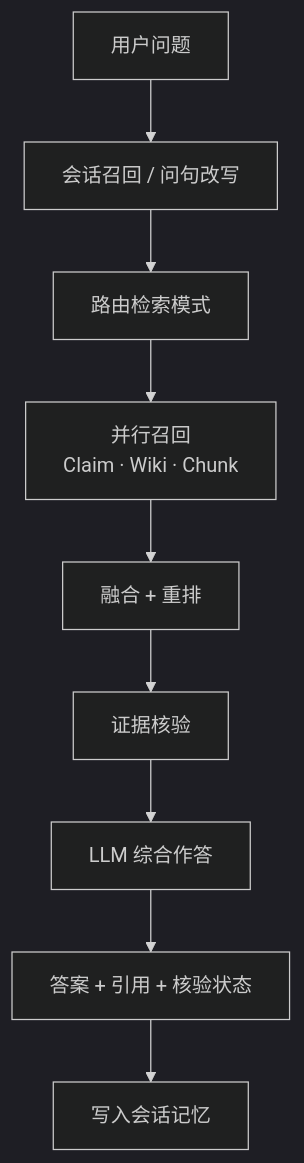
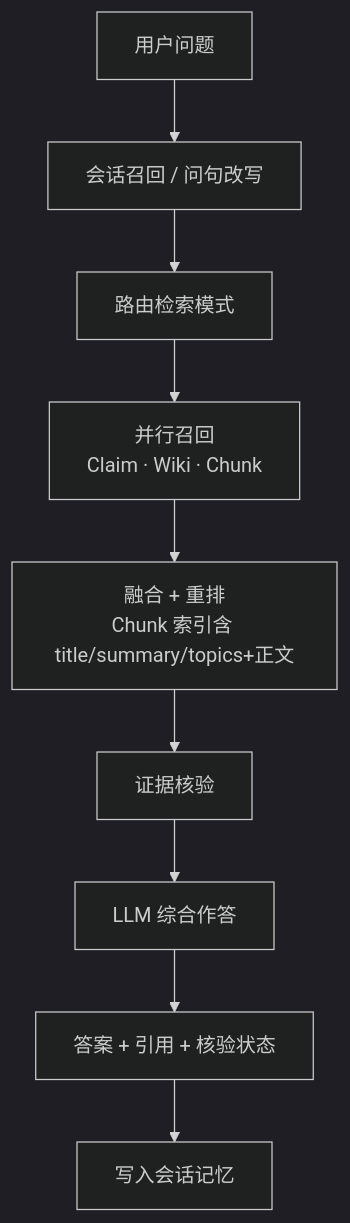
The second of 2 diagrams in README.md (liuyanqun0815/knowledge-os), drawn with Mermaid (dark theme) before and after one commit. The commit also changed other lines of this file and 51 other files, not shown here.

````diff
--- a/README.md
+++ b/README.md
@@ -61,11 +75,11 @@
 ```mermaid
 flowchart TB
   Q[用户问题] --> R[会话召回 / 问句改写]
   R --> M[路由检索模式]
   M --> T["并行召回<br/>Claim · Wiki · Chunk"]
-  T --> Z[融合 + 重排]
+  T --> Z[融合 + 重排<br/>Chunk 索引含 title/summary/topics+正文]
   Z --> V[证据核验]
   V --> S[LLM 综合作答]
   S --> ANS[答案 + 引用 + 核验状态]
   ANS --> MEM[写入会话记忆]
 ```
````
